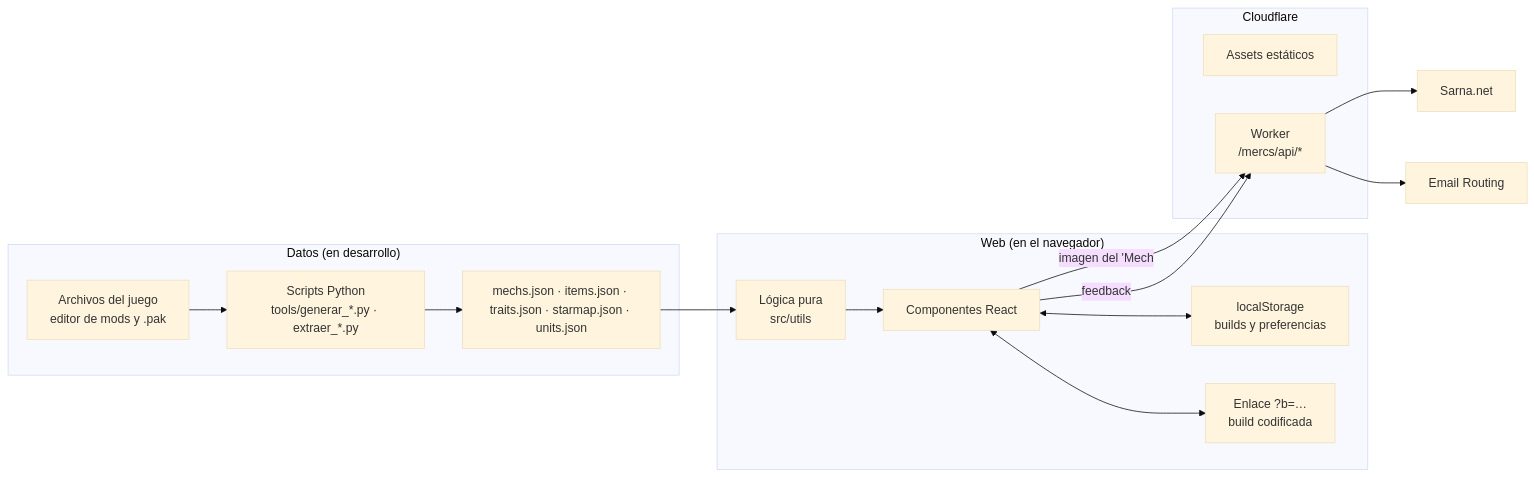
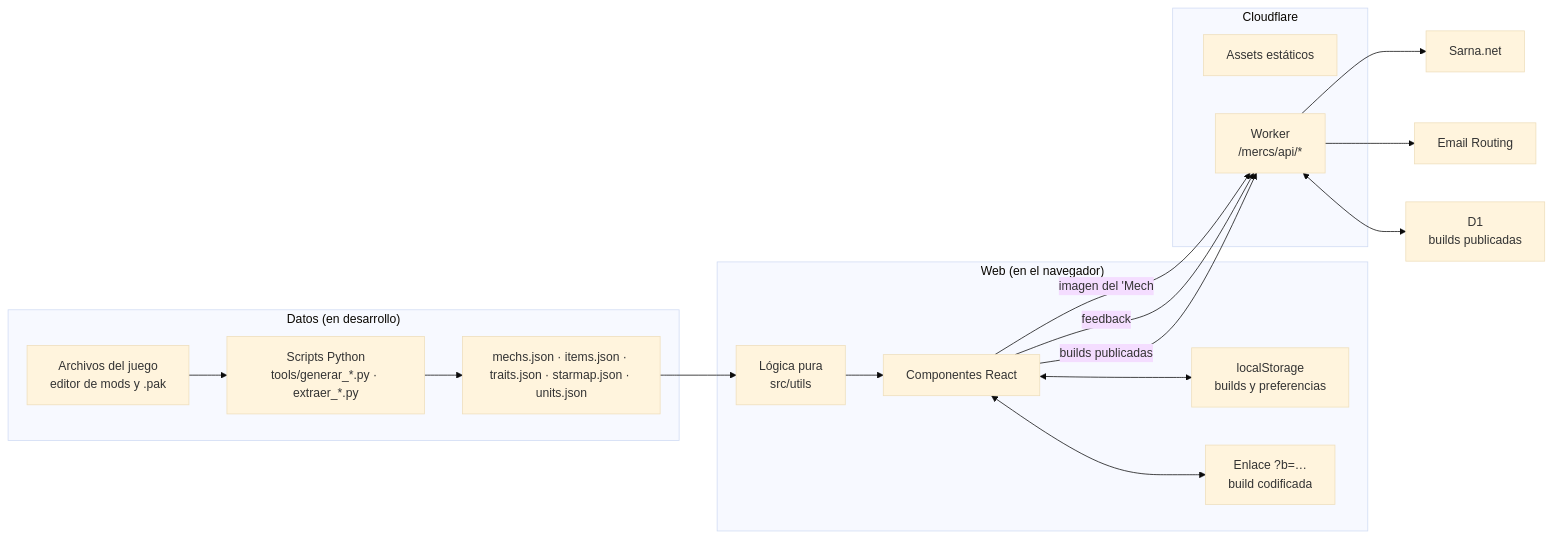
Before and after one commit to PonchoiDev/mechlab-web: the first of 2 diagrams in docs/arquitectura.md, drawn with Mermaid (base theme). The commit also changed other lines of this file and 43 other files, not shown here.

````diff
--- a/docs/arquitectura.md
+++ b/docs/arquitectura.md
@@ -9,21 +9,23 @@
 ```mermaid
 flowchart LR
   subgraph Datos["Datos (en desarrollo)"]
     Juego["Archivos del juego<br/>editor de mods y .pak"] --> Scripts["Scripts Python<br/>tools/generar_*.py · extraer_*.py"]
     Scripts --> JSON["mechs.json · items.json · traits.json · starmap.json · units.json"]
   end
   subgraph Web["Web (en el navegador)"]
     JSON --> Logica["Lógica pura<br/>src/utils"]
     Logica --> UI["Componentes React"]
     UI <--> Local["localStorage<br/>builds y preferencias"]
     UI <--> Enlace["Enlace ?b=…<br/>build codificada"]
   end
   subgraph Cloudflare
     Assets["Assets estáticos"]
     Worker["Worker<br/>/mercs/api/*"]
   end
   UI -- "imagen del 'Mech" --> Worker
   UI -- "feedback" --> Worker
+  UI -- "builds publicadas" --> Worker
   Worker --> Sarna["Sarna.net"]
   Worker --> Correo["Email Routing"]
+  Worker <--> D1["D1<br/>builds publicadas"]
 ```
````
